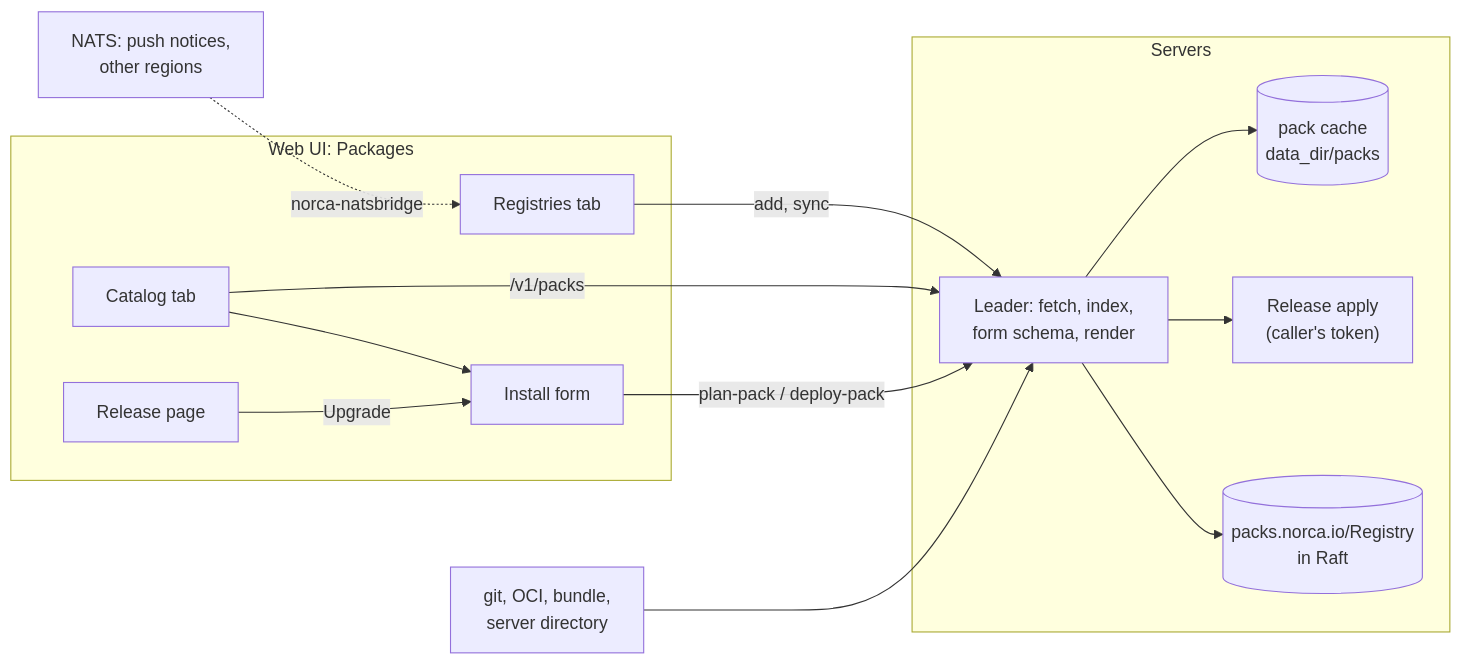
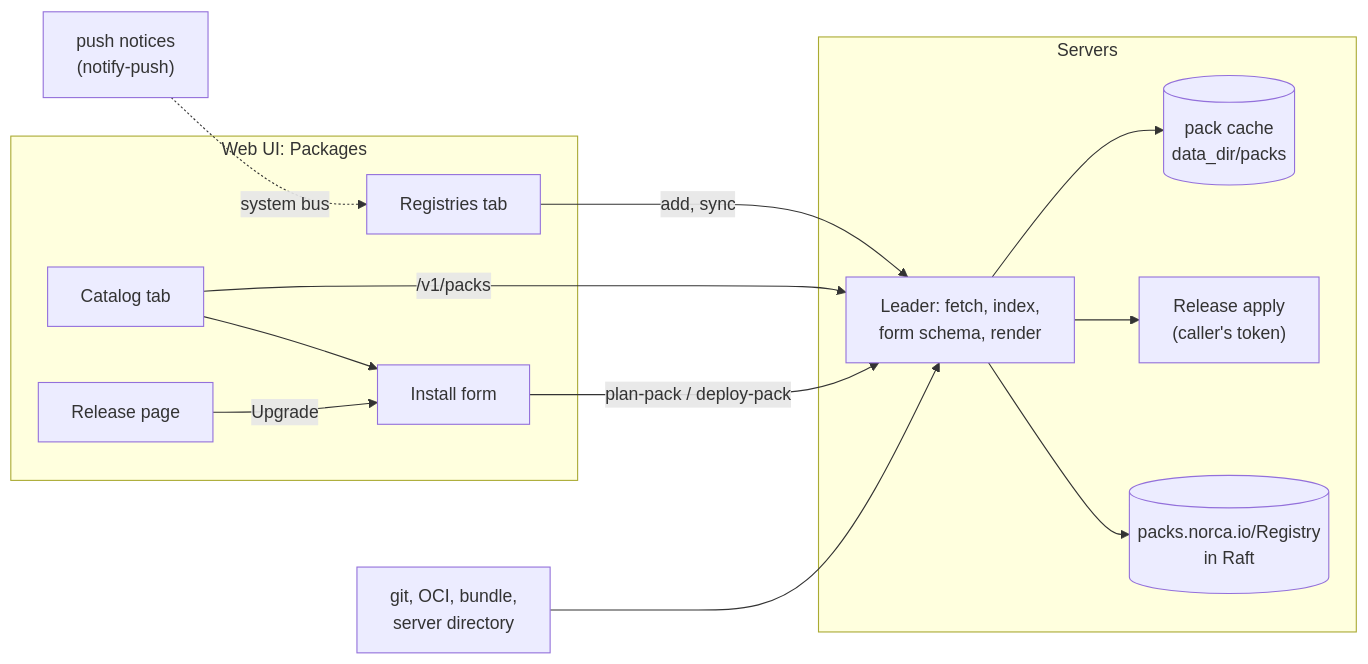
One commit to bacanoo-io/norca-doc changed the diagram in content/docs/features/packages/catalog.md. Above: the diagram before and after it, drawn with Mermaid. The commit also changed other lines of this file and 30 other files, not shown here.

First line of the commit message:
System bus; the NATS bridge is removed

````diff
--- a/content/docs/features/packages/catalog.md
+++ b/content/docs/features/packages/catalog.md
@@ -24,18 +24,18 @@
 ```mermaid
 flowchart LR
     subgraph UI["Web UI: Packages"]
         RG["Registries tab"] 
         CT["Catalog tab"] --> FM["Install form"]
         RL["Release page"] -- "Upgrade" --> FM
     end
     RG -- "add, sync" --> L
     CT -- "/v1/packs" --> L
     FM -- "plan-pack / deploy-pack" --> L
     subgraph S["Servers"]
         L["Leader: fetch, index,<br/>form schema, render"] --> CA[("pack cache<br/>data_dir/packs")]
         L --> RA["Release apply<br/>(caller's token)"]
         L --> OBJ[("packs.norca.io/Registry<br/>in Raft")]
     end
     GIT["git, OCI, bundle,<br/>server directory"] --> L
-    N["NATS: push notices,<br/>other regions"] -. "norca-natsbridge" .-> RG
+    N["push notices<br/>(notify-push)"] -. "system bus" .-> RG
 ```
````
